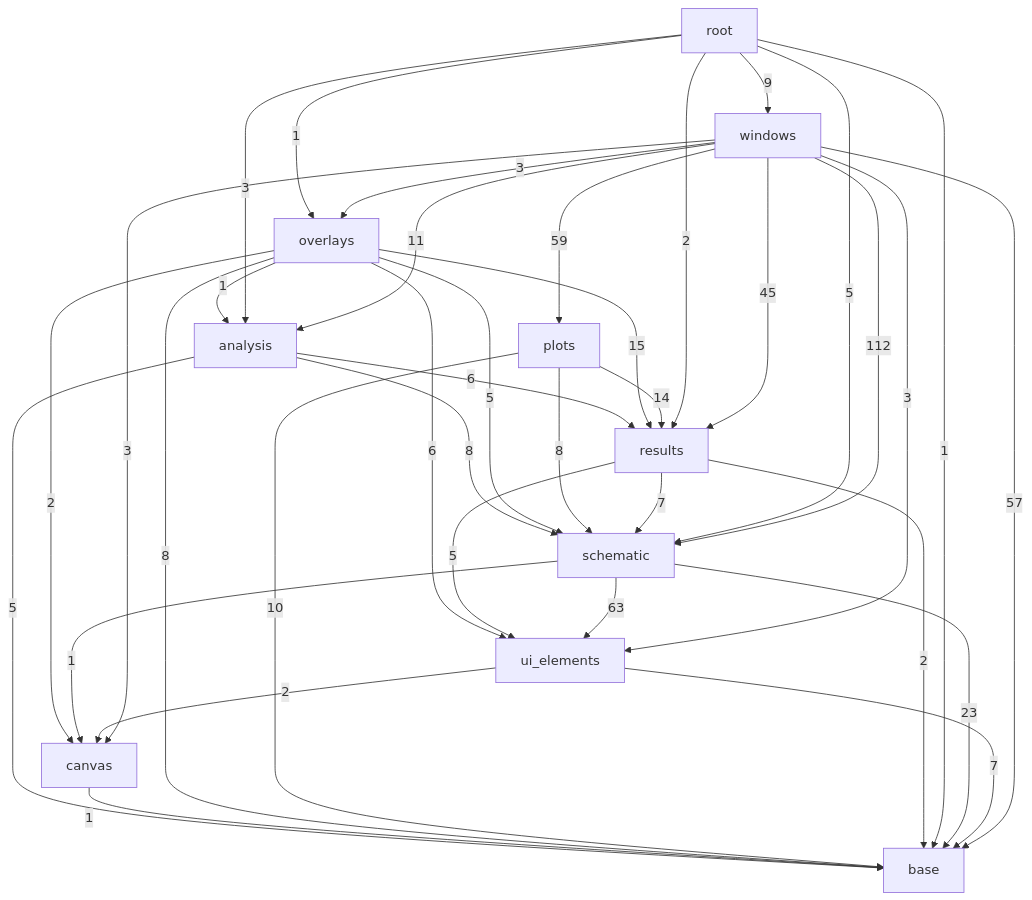
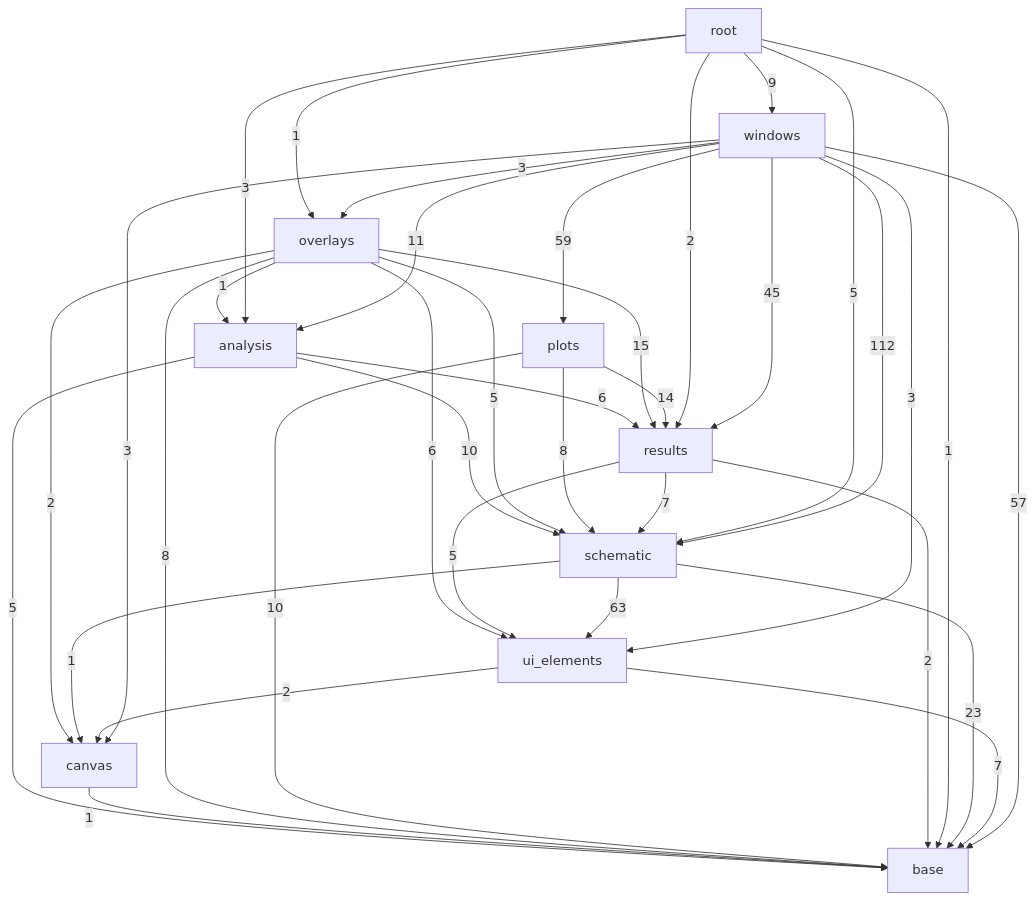
Before and after one commit to ronnymilleo/imcsim: the third of 3 diagrams in docs/architecture.md, drawn with Mermaid. The commit also changed other lines of this file, not shown here.

Commit message:
Update the include diagram for the run repeat plan and the run starts

````diff
--- a/docs/architecture.md
+++ b/docs/architecture.md
@@ -56,48 +56,48 @@
 ```mermaid
 flowchart TD
     app_gui_base[base]
     app_gui_canvas[canvas]
     app_gui_ui_elements[ui_elements]
     app_gui_schematic[schematic]
     app_gui_results[results]
     app_gui_analysis[analysis]
     app_gui_plots[plots]
     app_gui_overlays[overlays]
     app_gui_windows[windows]
     app_gui_root[root]
     app_gui_analysis -->|5| app_gui_base
     app_gui_analysis -->|6| app_gui_results
-    app_gui_analysis -->|8| app_gui_schematic
+    app_gui_analysis -->|10| app_gui_schematic
     app_gui_canvas -->|1| app_gui_base
     app_gui_overlays -->|1| app_gui_analysis
     app_gui_overlays -->|8| app_gui_base
     app_gui_overlays -->|2| app_gui_canvas
     app_gui_overlays -->|15| app_gui_results
     app_gui_overlays -->|5| app_gui_schematic
     app_gui_overlays -->|6| app_gui_ui_elements
     app_gui_plots -->|10| app_gui_base
     app_gui_plots -->|14| app_gui_results
     app_gui_plots -->|8| app_gui_schematic
     app_gui_results -->|2| app_gui_base
     app_gui_results -->|7| app_gui_schematic
     app_gui_results -->|5| app_gui_ui_elements
     app_gui_root -->|3| app_gui_analysis
     app_gui_root -->|1| app_gui_base
     app_gui_root -->|1| app_gui_overlays
     app_gui_root -->|2| app_gui_results
     app_gui_root -->|5| app_gui_schematic
     app_gui_root -->|9| app_gui_windows
     app_gui_schematic -->|23| app_gui_base
     app_gui_schematic -->|1| app_gui_canvas
     app_gui_schematic -->|63| app_gui_ui_elements
     app_gui_ui_elements -->|7| app_gui_base
     app_gui_ui_elements -->|2| app_gui_canvas
     app_gui_windows -->|11| app_gui_analysis
     app_gui_windows -->|57| app_gui_base
     app_gui_windows -->|3| app_gui_canvas
     app_gui_windows -->|3| app_gui_overlays
     app_gui_windows -->|59| app_gui_plots
     app_gui_windows -->|45| app_gui_results
     app_gui_windows -->|112| app_gui_schematic
     app_gui_windows -->|3| app_gui_ui_elements
 ```
````
